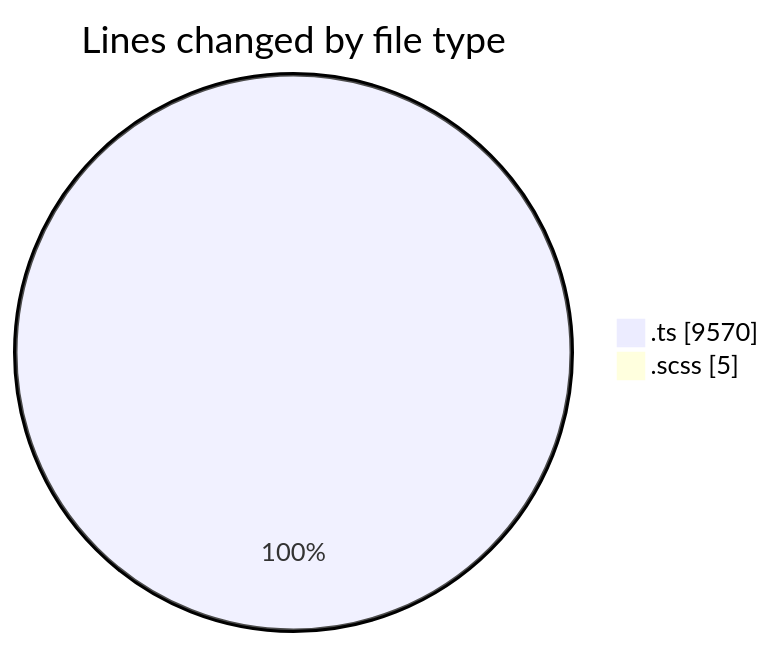
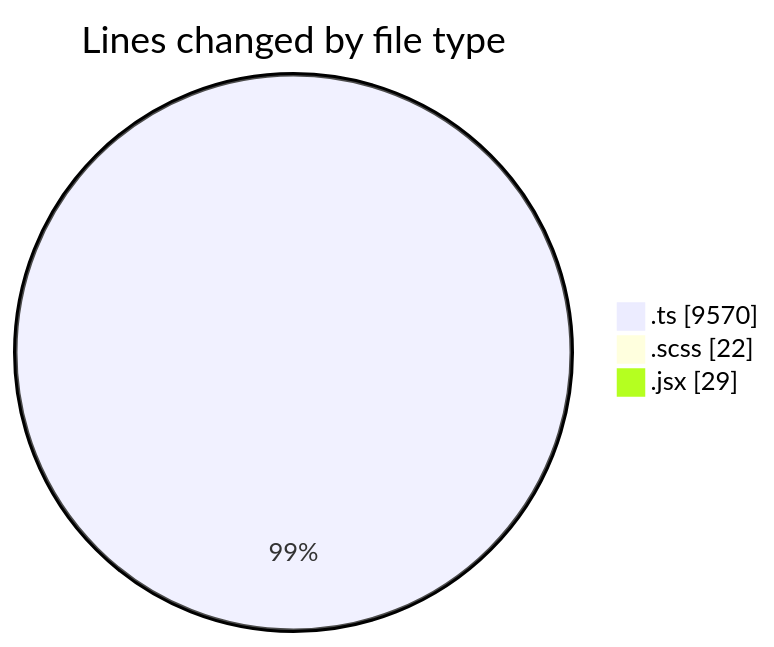
Before and after one commit to momahboobian/code-tracking: the first of 2 diagrams in 2026-03-19/cda/README.md, drawn with Mermaid. The commit also changed other lines of this file and 1 other file, not shown here.

````diff
--- a/2026-03-19/cda/README.md
+++ b/2026-03-19/cda/README.md
@@ -27,6 +29,7 @@
 ```mermaid
 pie showData
 title Lines changed by file type
 ".ts" : 9570
-".scss" : 5
+".scss" : 22
+".jsx" : 29
 ```
````
